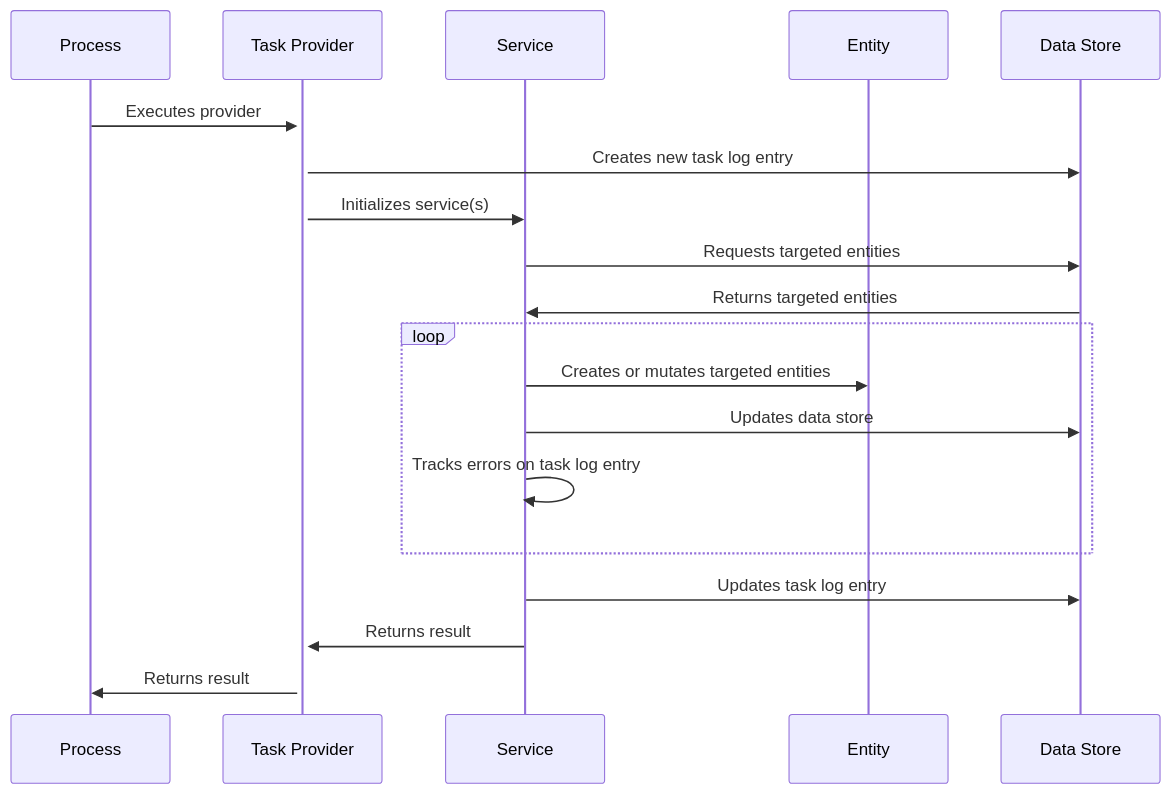
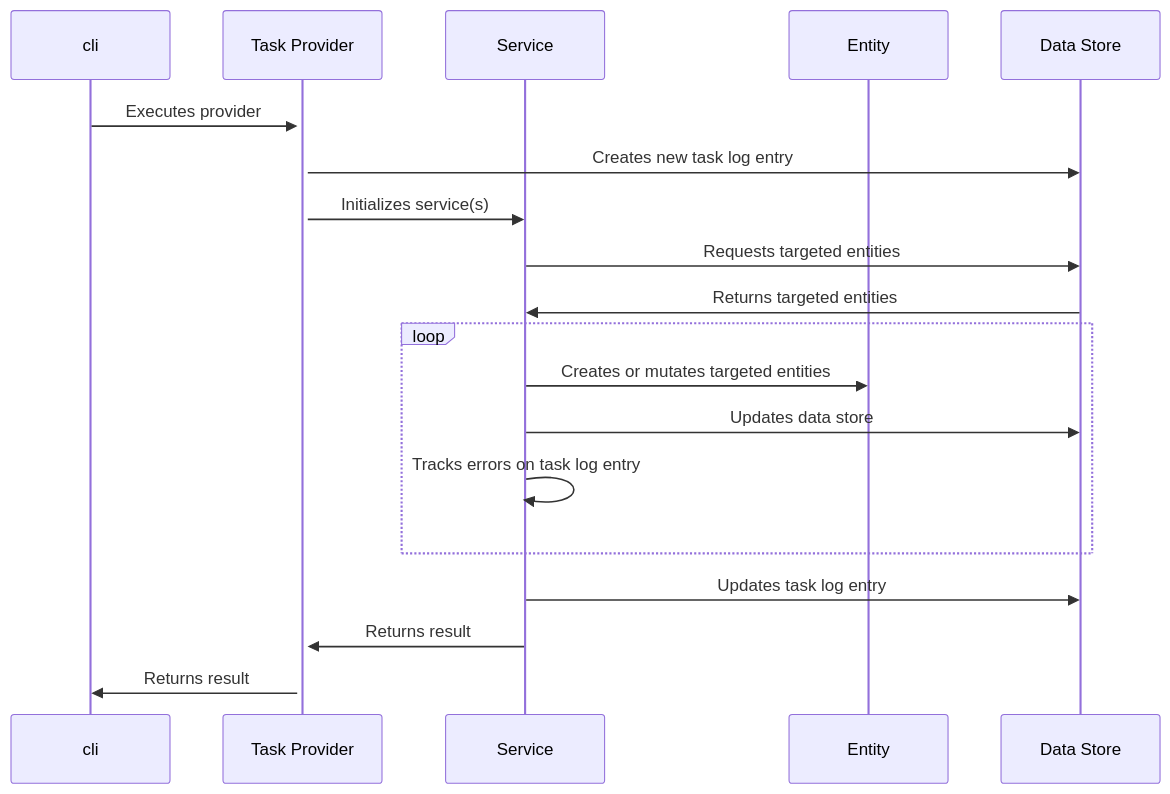
Before and after one commit to CMS-Enterprise/sbom-harbor: the ninth of 12 diagrams in book/src/diagrams.md, drawn with Mermaid. The commit also changed other lines of this file and 10 other files, not shown here.

````diff
--- a/book/src/diagrams.md
+++ b/book/src/diagrams.md
@@ -513,22 +513,22 @@
 ```mermaid
 sequenceDiagram
-    participant process as Process
+    participant cli as cli
     participant provider as Task Provider
     participant service as Service
     participant entity as Entity
     participant store as Data Store
 
-    process->>+provider: Executes provider
+    cli->>+provider: Executes provider
     provider->>store: Creates new task log entry
     provider->>service: Initializes service(s)
     service->>store: Requests targeted entities
     store->>service: Returns targeted entities
     loop
         service->>entity: Creates or mutates targeted entities
         service->>store: Updates data store
         service->>service: Tracks errors on task log entry
     end
     service->>store: Updates task log entry
     service->>provider: Returns result
-    provider->>process: Returns result
+    provider->>cli: Returns result
 ```
````
